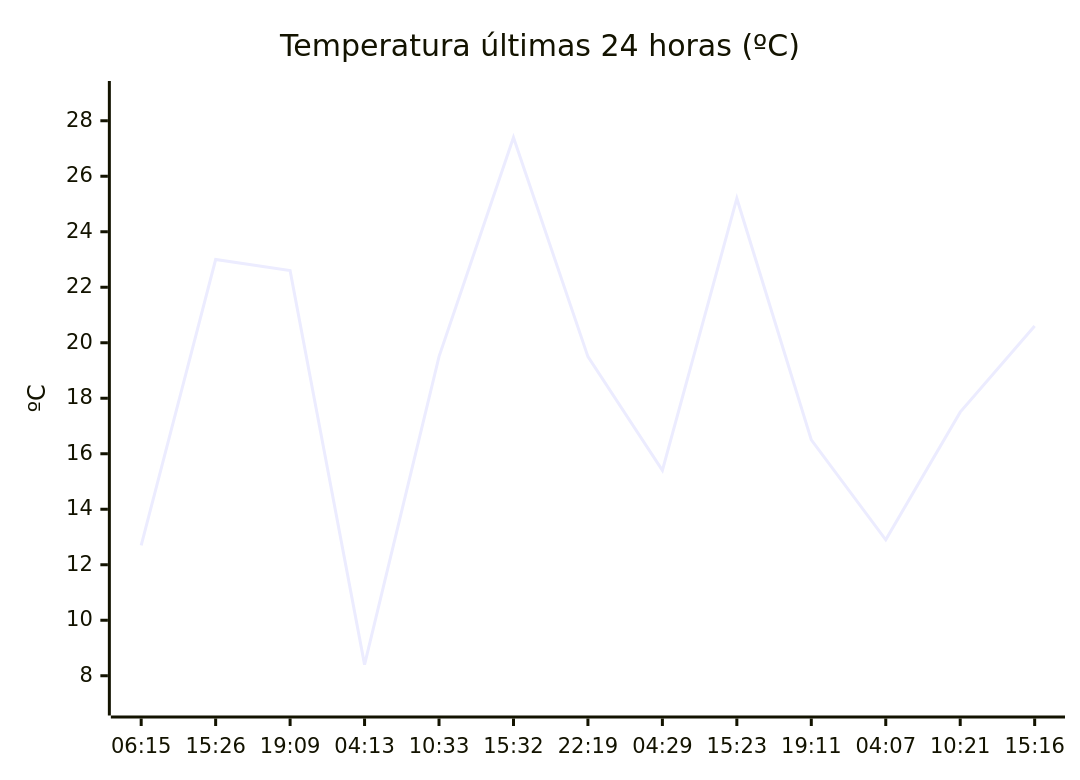
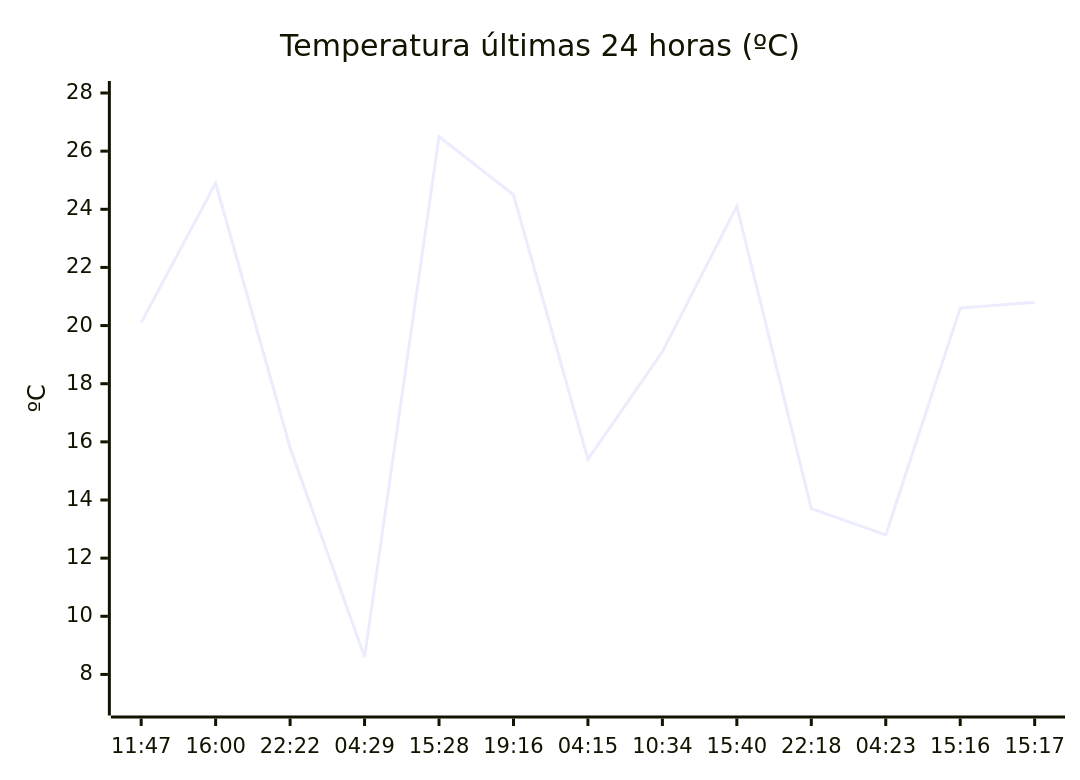
The diagram in README.md (solidsnk86/rem-scrap), drawn with Mermaid before and after one commit. The commit also changed other lines of this file, not shown here.

````diff
--- a/README.md
+++ b/README.md
@@ -28,7 +32,7 @@
 ```mermaid
 xychart-beta
     title "Temperatura últimas 24 horas (ºC)"
-    x-axis ["06:15", "15:26", "19:09", "04:13", "10:33", "15:32", "22:19", "04:29", "15:23", "19:11", "04:07", "10:21", "15:16"]
-    y-axis "ºC" 7 --> 29
-    line [12.7, 23, 22.6, 8.4, 19.5, 27.4, 19.5, 15.4, 25.2, 16.5, 12.9, 17.5, 20.6]
+    x-axis ["11:47", "16:00", "22:22", "04:29", "15:28", "19:16", "04:15", "10:34", "15:40", "22:18", "04:23", "15:16", "15:17"]
+    y-axis "ºC" 7 --> 28
+    line [20.1, 24.9, 15.8, 8.6, 26.5, 24.5, 15.4, 19.1, 24.1, 13.7, 12.8, 20.6, 20.8]
 ```
````
